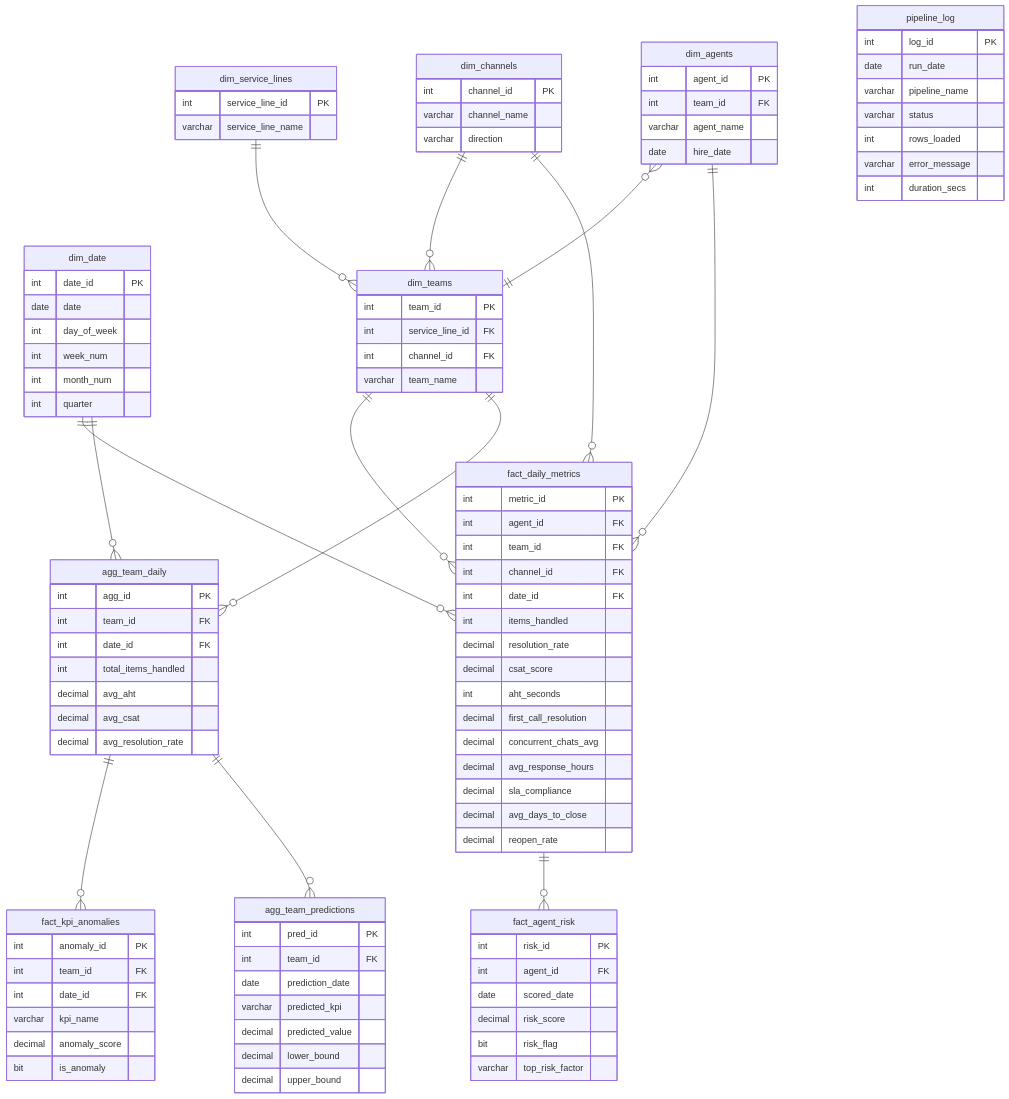
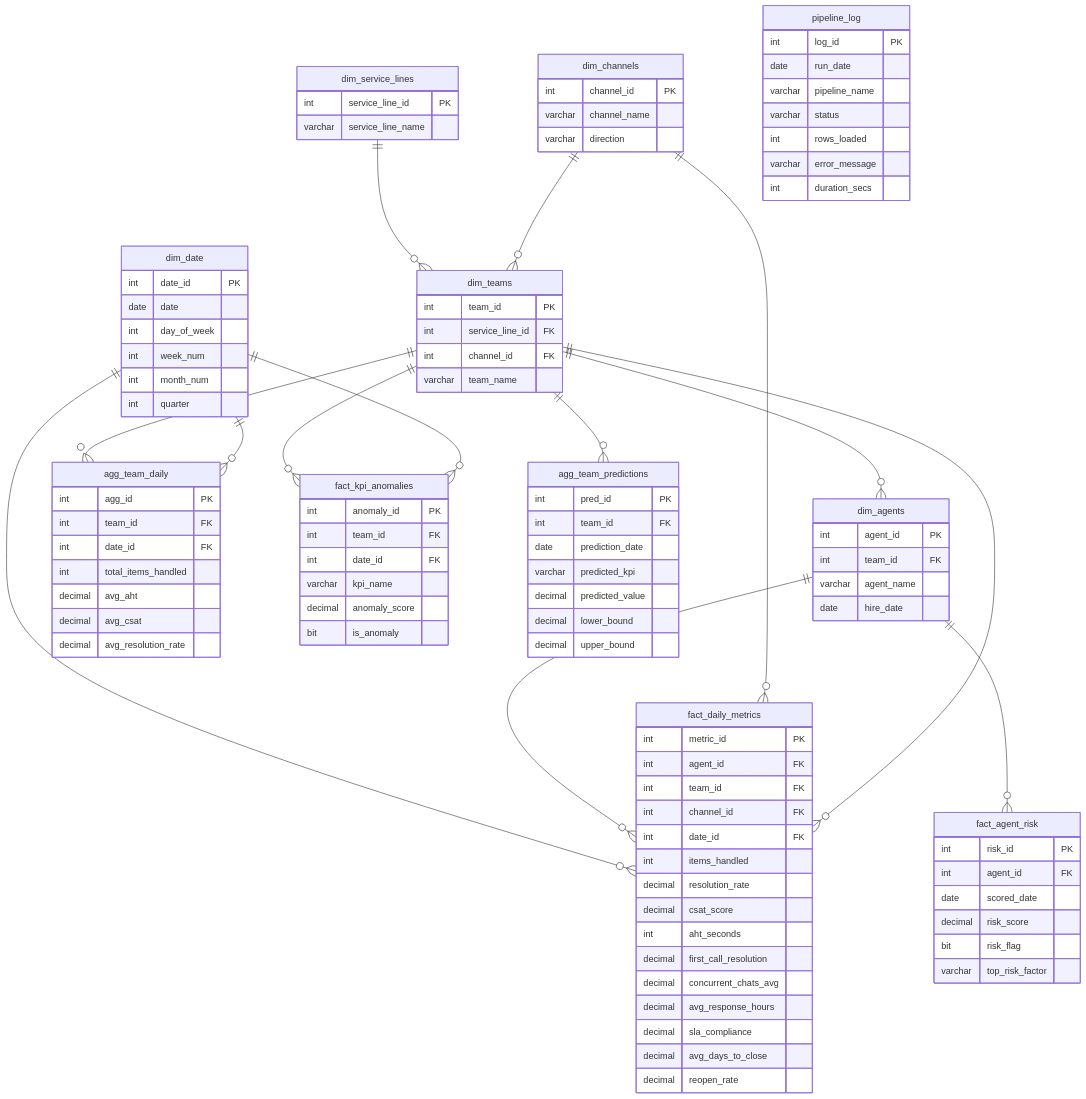
Before and after one commit to ashrafulhaqove/agent-performance-monitoring: the diagram in README.md, drawn with Mermaid. The commit also changed other lines of this file and 2 other files, not shown here.

Commit message:
Fix 6 schema issues from scrutiny review — full_date rename, UNIQUE constraint, NOT NULL KPIs, ERD corrected, deploy script idempotent

````diff
--- a/README.md
+++ b/README.md
@@ -164,14 +164,15 @@
 
     dim_service_lines ||--o{ dim_teams : ""
     dim_channels ||--o{ dim_teams : ""
-    dim_agents }o--|| dim_teams : ""
+    dim_teams ||--o{ dim_agents : ""
     dim_date ||--o{ fact_daily_metrics : ""
     dim_agents ||--o{ fact_daily_metrics : ""
     dim_channels ||--o{ fact_daily_metrics : ""
     dim_teams ||--o{ fact_daily_metrics : ""
     dim_teams ||--o{ agg_team_daily : ""
     dim_date ||--o{ agg_team_daily : ""
-    agg_team_daily ||--o{ fact_kpi_anomalies : ""
-    fact_daily_metrics ||--o{ fact_agent_risk : ""
-    agg_team_daily ||--o{ agg_team_predictions : ""
+    dim_teams ||--o{ fact_kpi_anomalies : ""
+    dim_date ||--o{ fact_kpi_anomalies : ""
+    dim_agents ||--o{ fact_agent_risk : ""
+    dim_teams ||--o{ agg_team_predictions : ""
 ```
````
